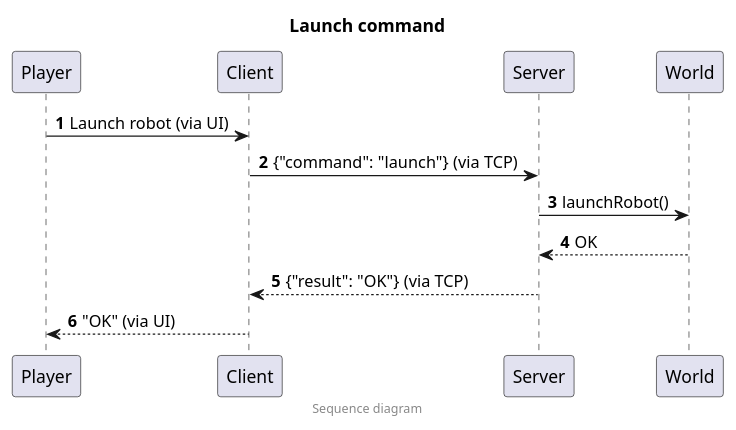
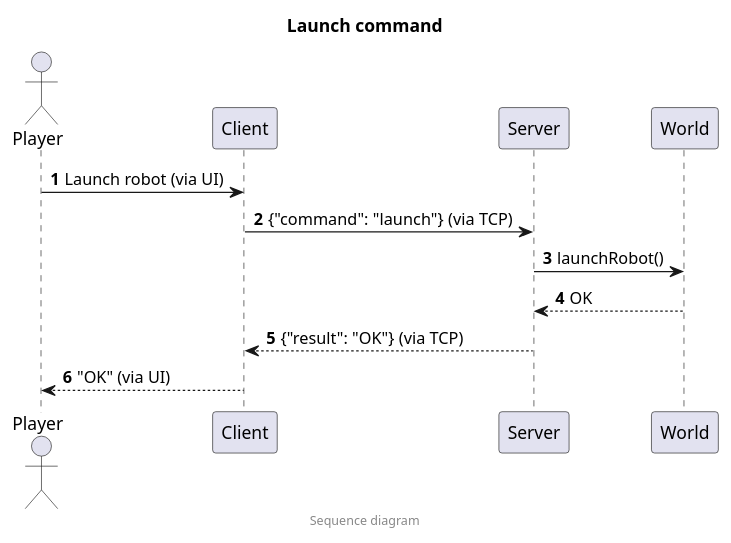
Before and after one commit to dirkgroot/dirkgroot.github.io: the diagram in content/posts/robot-worlds/01-walking-skeleton/launch-sequence.puml, drawn with PlantUML. The commit also changed 1 other file, not shown here.

Commit message:
Draw the player as an actor in the sequence diagram

```diff
--- a/content/posts/robot-worlds/01-walking-skeleton/launch-sequence.puml
+++ b/content/posts/robot-worlds/01-walking-skeleton/launch-sequence.puml
@@ -1,16 +1,21 @@
 @startuml
 
 title Launch command
 footer Sequence diagram
 
 skinparam backgroundColor transparent
 autonumber
+
+actor Player
+participant Client
+participant Server
+participant World
 
 Player -> Client: Launch robot (via UI)
 Client -> Server: {"command": "launch"} (via TCP)
 Server -> World: launchRobot()
 Server <-- World: OK
 Client <-- Server: {"result": "OK"} (via TCP)
 Player <-- Client: "OK" (via UI)
 
 @enduml
```
